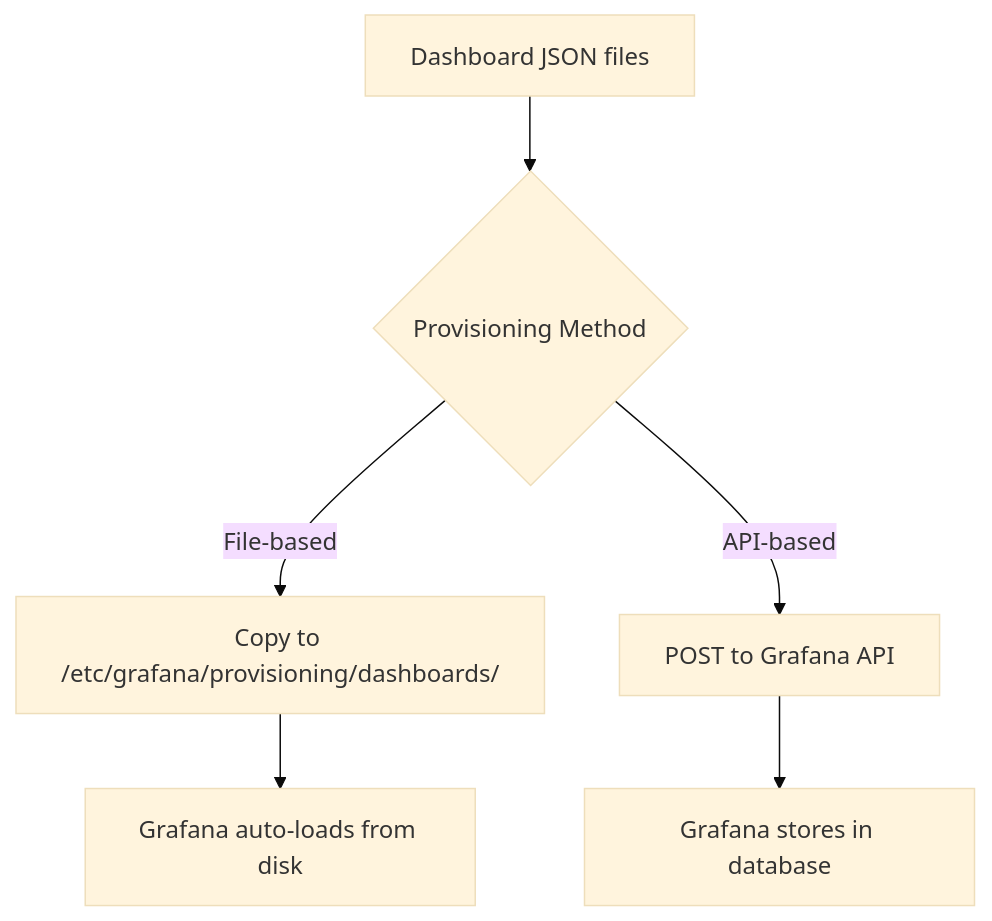
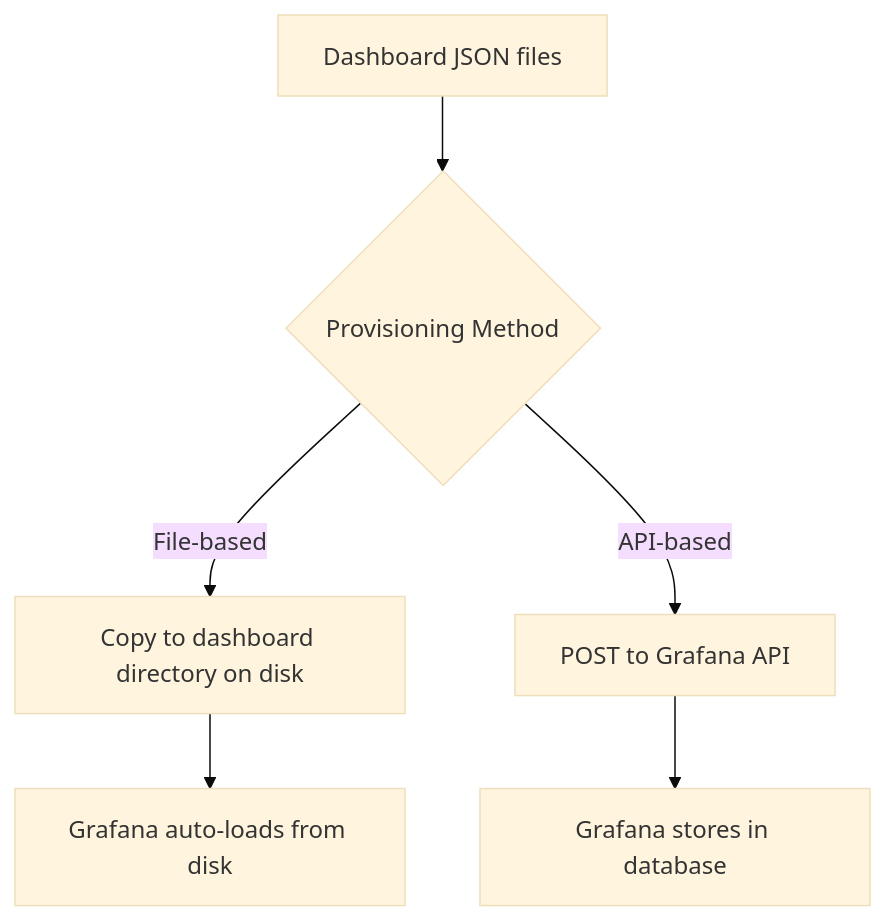
One commit to OneUptime/blog changed the diagram in posts/2026-02-21-how-to-use-ansible-to-configure-grafana-dashboards/README.md. Above: the diagram before and after it, drawn with Mermaid (base theme). The commit also changed other lines of this file and 2 other files, not shown here.

Commit message:
validate: 2026-02-21-how-to-use-ansible-to-configure-grafana-dashboards

````diff
--- a/posts/2026-02-21-how-to-use-ansible-to-configure-grafana-dashboards/README.md
+++ b/posts/2026-02-21-how-to-use-ansible-to-configure-grafana-dashboards/README.md
@@ -23,8 +23,8 @@
 ```mermaid
 flowchart TD
     A[Dashboard JSON files] --> B{Provisioning Method}
-    B -->|File-based| C[Copy to /etc/grafana/provisioning/dashboards/]
+    B -->|File-based| C[Copy to dashboard directory on disk]
     B -->|API-based| D[POST to Grafana API]
     C --> E[Grafana auto-loads from disk]
     D --> F[Grafana stores in database]
 ```
````
